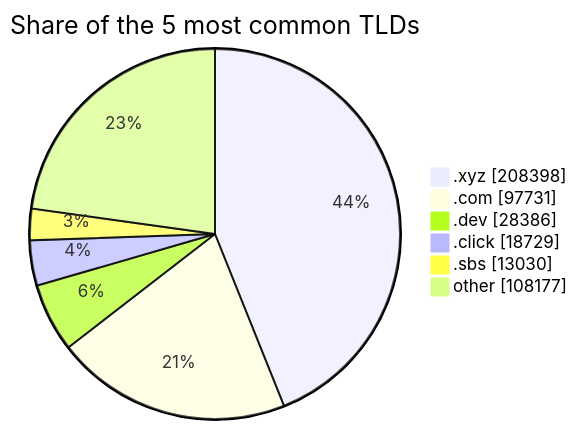
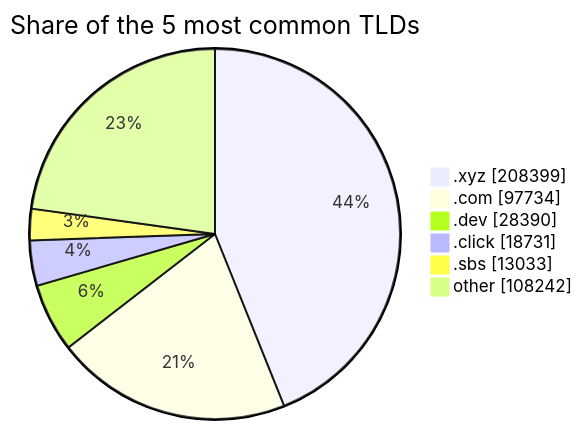
The second of 2 diagrams in README.md (DNSBunker/CTI), drawn with Mermaid before and after one commit. The commit also changed other lines of this file and 3 other files, not shown here.

````diff
--- a/README.md
+++ b/README.md
@@ -72,9 +72,9 @@
 ```mermaid
 pie showData title Share of the 5 most common TLDs
-    ".xyz" : 208398
-    ".com" : 97731
-    ".dev" : 28386
-    ".click" : 18729
-    ".sbs" : 13030
-    "other" : 108177
+    ".xyz" : 208399
+    ".com" : 97734
+    ".dev" : 28390
+    ".click" : 18731
+    ".sbs" : 13033
+    "other" : 108242
 ```
````
